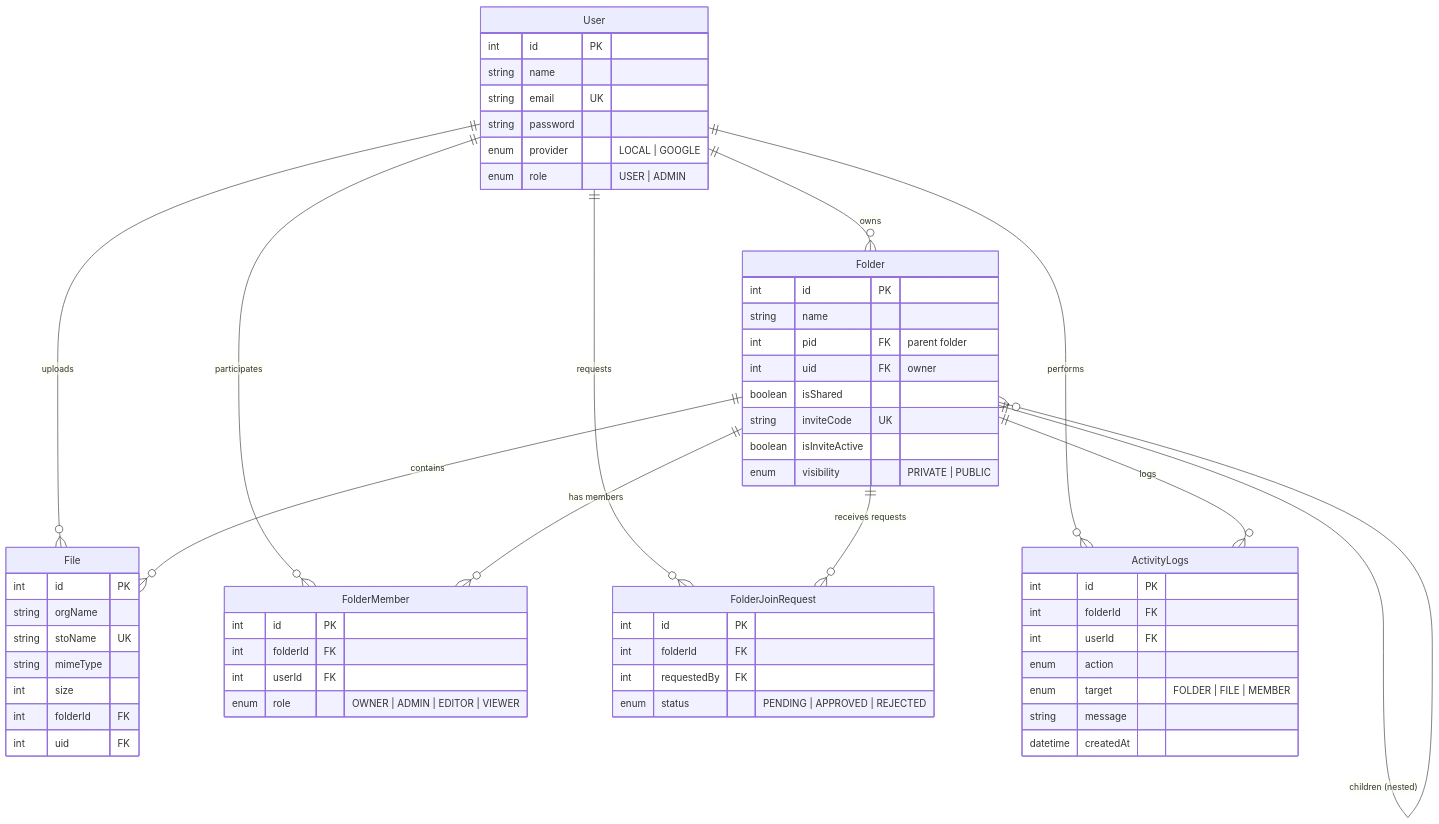
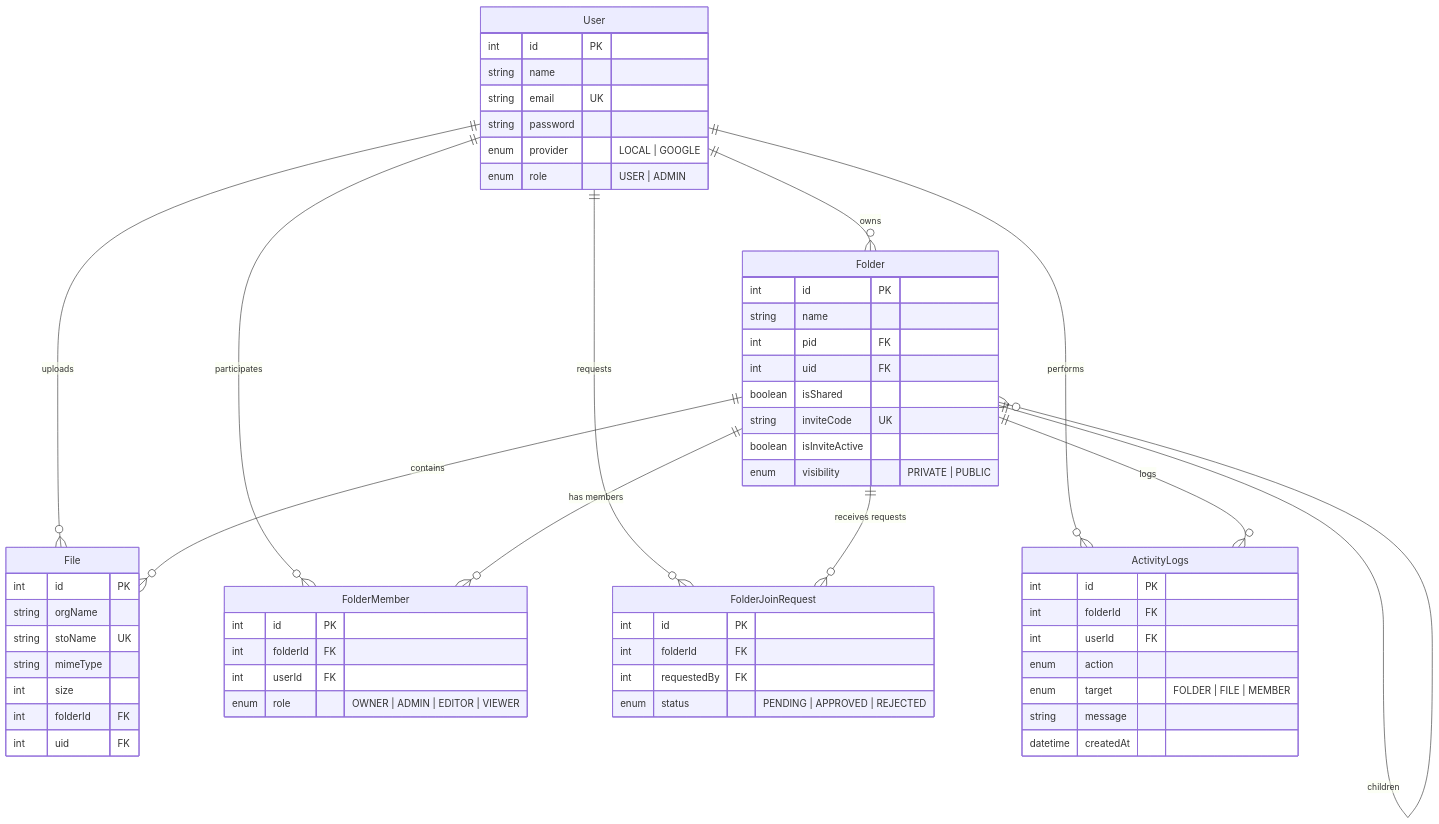
One commit to ashu670/CloudBox changed the second of 2 diagrams in README.md. Above: the diagram before and after it, drawn with Mermaid. The commit also changed other lines of this file, not shown here.

````diff
--- a/README.md
+++ b/README.md
@@ -84,68 +160,69 @@
 ```mermaid
 erDiagram
+
     User ||--o{ Folder : "owns"
     User ||--o{ File : "uploads"
     User ||--o{ FolderMember : "participates"
     User ||--o{ FolderJoinRequest : "requests"
     User ||--o{ ActivityLogs : "performs"
-    
-    Folder ||--o{ Folder : "children (nested)"
+
+    Folder ||--o{ Folder : "children"
     Folder ||--o{ File : "contains"
     Folder ||--o{ FolderMember : "has members"
     Folder ||--o{ FolderJoinRequest : "receives requests"
     Folder ||--o{ ActivityLogs : "logs"
 
     User {
         int id PK
         string name
         string email UK
         string password
         enum provider "LOCAL | GOOGLE"
         enum role "USER | ADMIN"
     }
 
     Folder {
         int id PK
         string name
-        int pid FK "parent folder"
-        int uid FK "owner"
+        int pid FK
+        int uid FK
         boolean isShared
         string inviteCode UK
         boolean isInviteActive
         enum visibility "PRIVATE | PUBLIC"
     }
 
     File {
         int id PK
         string orgName
         string stoName UK
         string mimeType
         int size
         int folderId FK
         int uid FK
     }
 
     FolderMember {
         int id PK
         int folderId FK
         int userId FK
         enum role "OWNER | ADMIN | EDITOR | VIEWER"
     }
 
     FolderJoinRequest {
         int id PK
         int folderId FK
         int requestedBy FK
         enum status "PENDING | APPROVED | REJECTED"
     }
 
     ActivityLogs {
         int id PK
         int folderId FK
         int userId FK
         enum action
         enum target "FOLDER | FILE | MEMBER"
         string message
         datetime createdAt
     }
 ```
````
